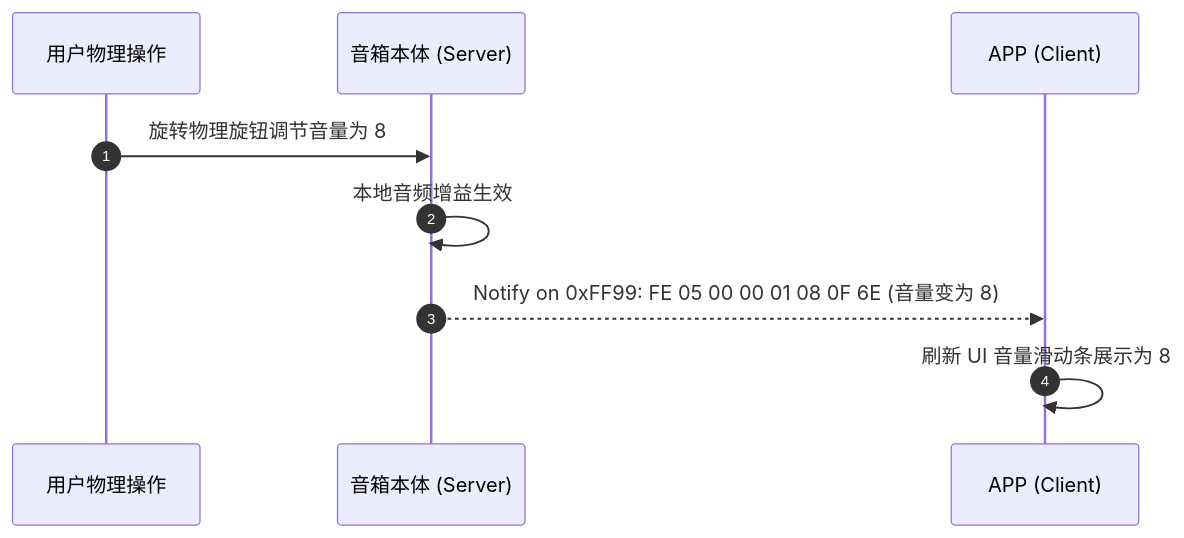
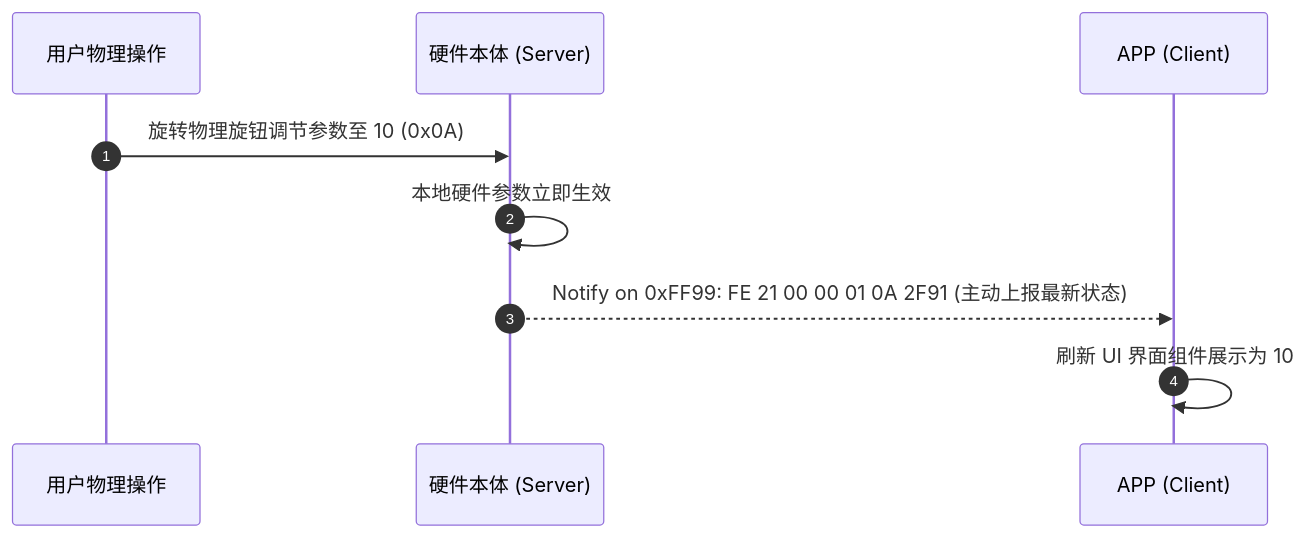
Before and after one commit to Grandboy1024/gb-project-guidelines: the fifth of 5 diagrams in 1. 协议规范/BLE API 规范.md, drawn with Mermaid. The commit also changed other lines of this file and 16 other files, not shown here.

````diff
--- a/1. 协议规范/BLE API 规范.md
+++ b/1. 协议规范/BLE API 规范.md
@@ -646,12 +548,12 @@
 ```mermaid
 sequenceDiagram
     autonumber
     participant User as 用户物理操作
-    participant Dev as 音箱本体 (Server)
+    participant Dev as 硬件本体 (Server)
     participant App as APP (Client)
 
-    User->>Dev: 旋转物理旋钮调节音量为 8
-    Dev->>Dev: 本地音频增益生效
-    Dev-->>App: Notify on 0xFF99: FE 05 00 00 01 08 0F 6E (音量变为 8)
-    App->>App: 刷新 UI 音量滑动条展示为 8
+    User->>Dev: 旋转物理旋钮调节参数至 10 (0x0A)
+    Dev->>Dev: 本地硬件参数立即生效
+    Dev-->>App: Notify on 0xFF99: FE 21 00 00 01 0A 2F91 (主动上报最新状态)
+    App->>App: 刷新 UI 界面组件展示为 10
 ```
````
